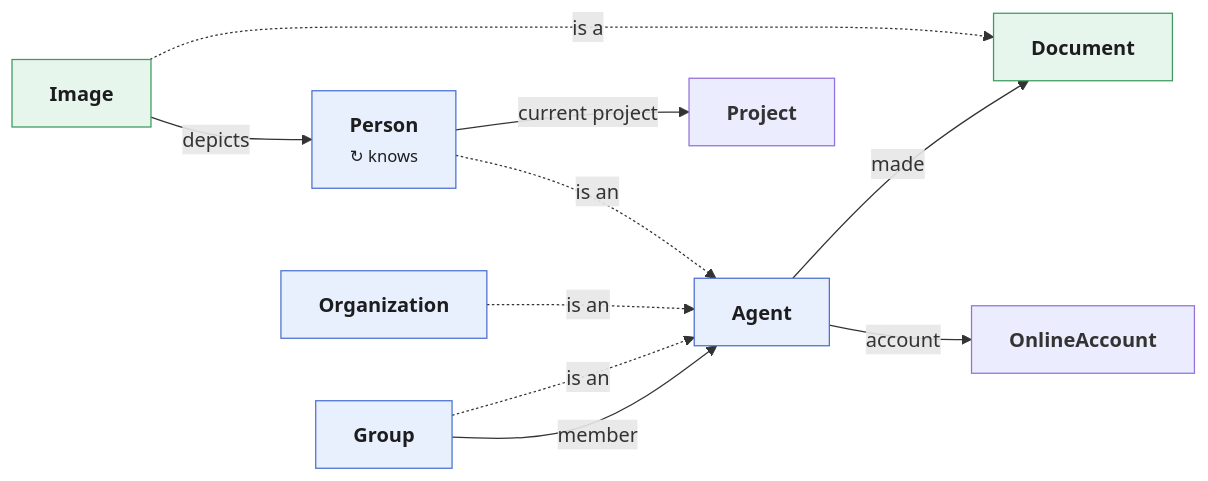
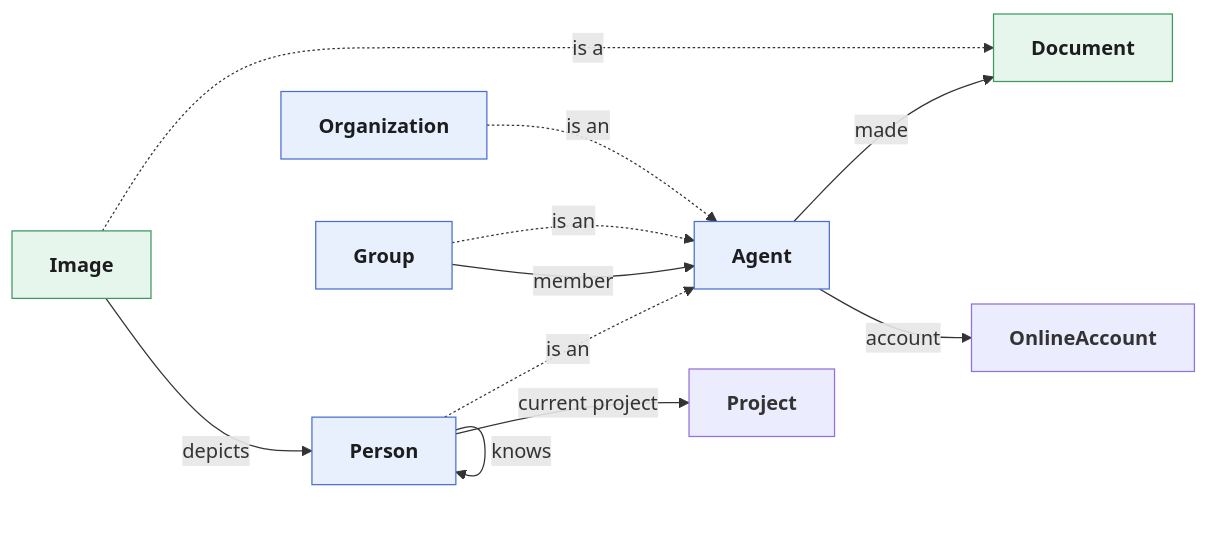
One commit to ModernRelay/ontologies changed the diagram in foaf/ONTOLOGY.md. Above: the diagram before and after it, drawn with Mermaid. The commit also changed 6 other files, not shown here.

Commit message:
Draw self-relations as loops in the diagrams

````diff
--- a/foaf/ONTOLOGY.md
+++ b/foaf/ONTOLOGY.md
@@ -39,22 +39,23 @@
 ```mermaid
 flowchart LR
   classDef agent fill:#e8f0fe,stroke:#4a6fd1,color:#1d1d1f
   classDef doc fill:#e7f6ec,stroke:#3c9a5f,color:#1d1d1f
   Agent["<b>Agent</b>"]:::agent
-  Person["<b>Person</b><br/><small>↻ knows</small>"]:::agent
+  Person["<b>Person</b>"]:::agent
   Organization["<b>Organization</b>"]:::agent
   Group["<b>Group</b>"]:::agent
   OnlineAccount["<b>OnlineAccount</b>"]
   Document["<b>Document</b>"]:::doc
   Image["<b>Image</b>"]:::doc
   Project["<b>Project</b>"]
   Person -.->|"is an"| Agent
   Organization -.->|"is an"| Agent
   Group -.->|"is an"| Agent
   Image -.->|"is a"| Document
   Group -->|"member"| Agent
   Agent -->|"made"| Document
   Agent -->|"account"| OnlineAccount
   Image -->|"depicts"| Person
   Person -->|"current project"| Project
+  Person -->|"knows"| Person
 ```
````
